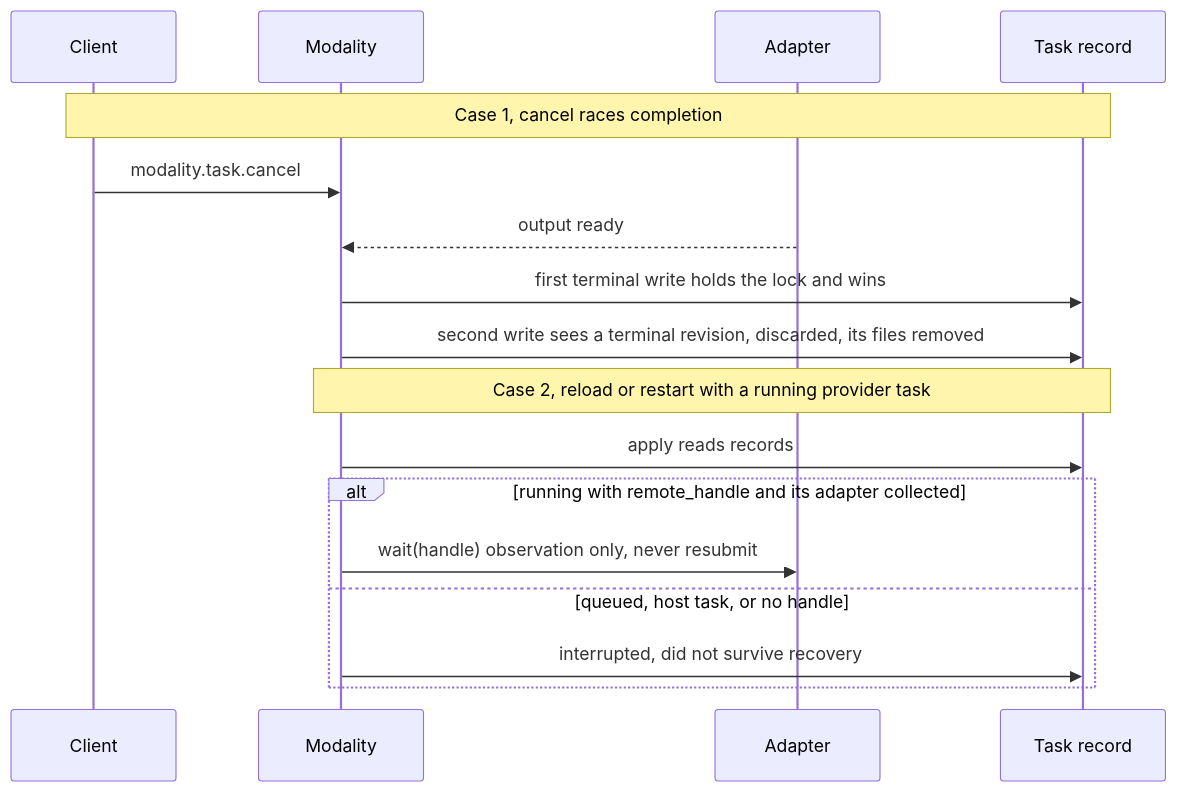
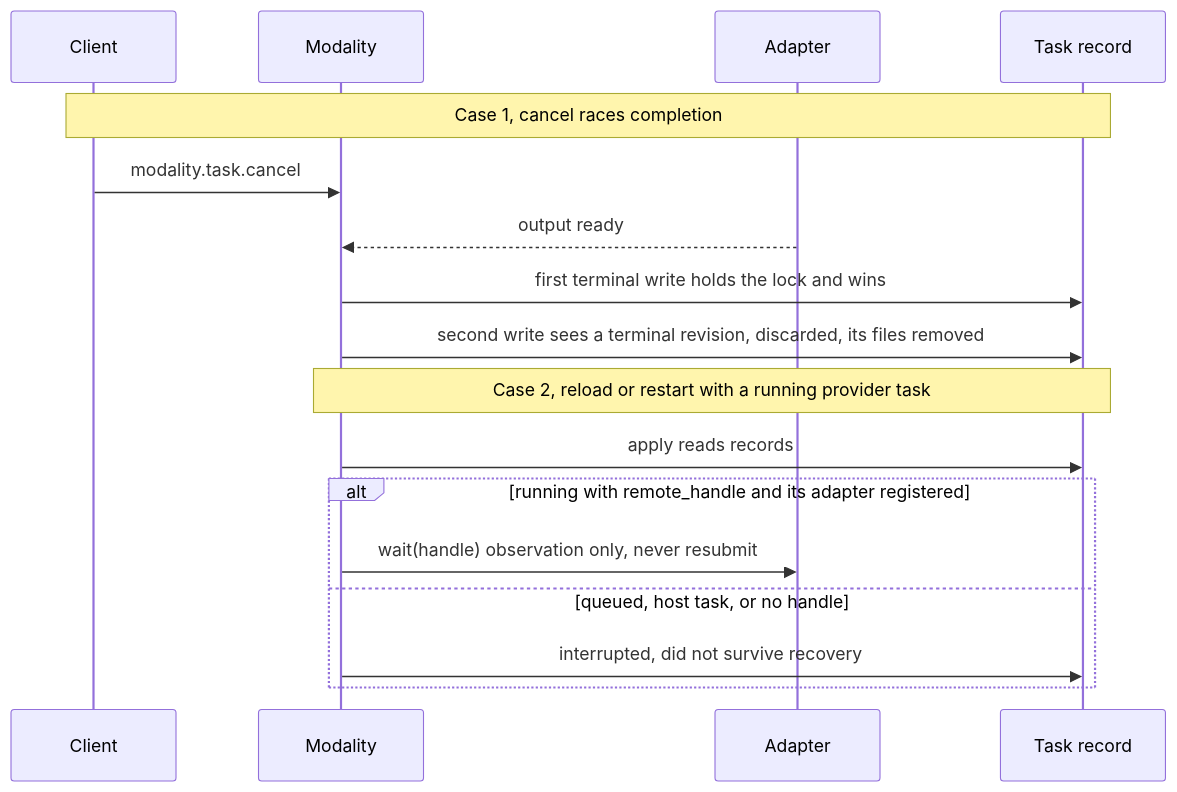
One commit to CoutinhoTTS/dim-agent changed the sixth of 6 diagrams in docs/design/plugins/Modality.md. Above: the diagram before and after it, drawn with Mermaid. The commit also changed other lines of this file and 1 other file, not shown here.

````diff
--- a/docs/design/plugins/Modality.md
+++ b/docs/design/plugins/Modality.md
@@ -156,19 +175,19 @@
 ```mermaid
 sequenceDiagram
   participant C as Client
   participant D as Modality
   participant A as Adapter
   participant S as Task record
   Note over C,S: Case 1, cancel races completion
   C->>D: modality.task.cancel
   A-->>D: output ready
   D->>S: first terminal write holds the lock and wins
   D->>S: second write sees a terminal revision, discarded, its files removed
   Note over D,S: Case 2, reload or restart with a running provider task
   D->>S: apply reads records
-  alt running with remote_handle and its adapter collected
+  alt running with remote_handle and its adapter registered
     D->>A: wait(handle) observation only, never resubmit
   else queued, host task, or no handle
     D->>S: interrupted, did not survive recovery
   end
 ```
````
